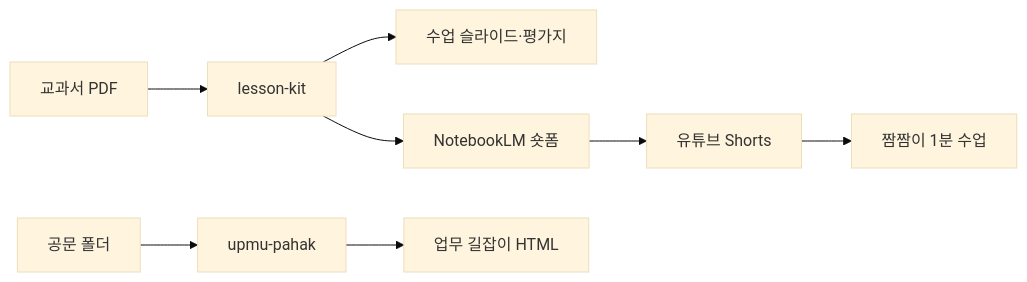
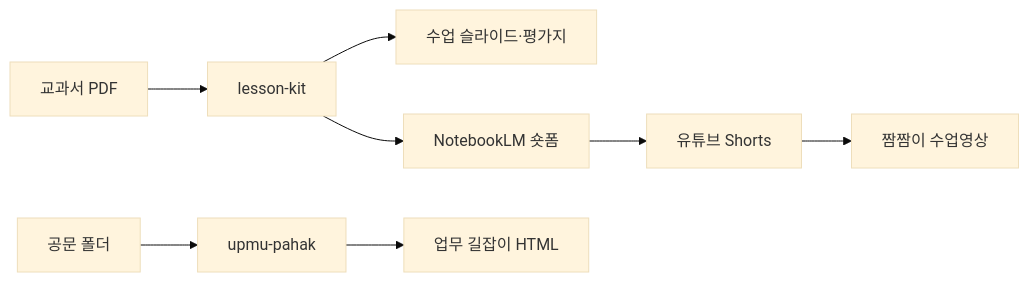
The diagram in README.md (shway81-droid/shway81-droid), drawn with Mermaid (base theme) before and after one commit. The commit also changed other lines of this file and 16 other files, not shown here.

````diff
--- a/README.md
+++ b/README.md
@@ -68,10 +68,10 @@
 ```mermaid
 flowchart LR
     A[교과서 PDF] --> B[lesson-kit]
     B --> C[수업 슬라이드·평가지]
     B --> D[NotebookLM 숏폼]
     D --> E[유튜브 Shorts]
-    E --> F[짬짬이 1분 수업]
+    E --> F[짬짬이 수업영상]
     G[공문 폴더] --> H[upmu-pahak]
     H --> I[업무 길잡이 HTML]
 ```
````
